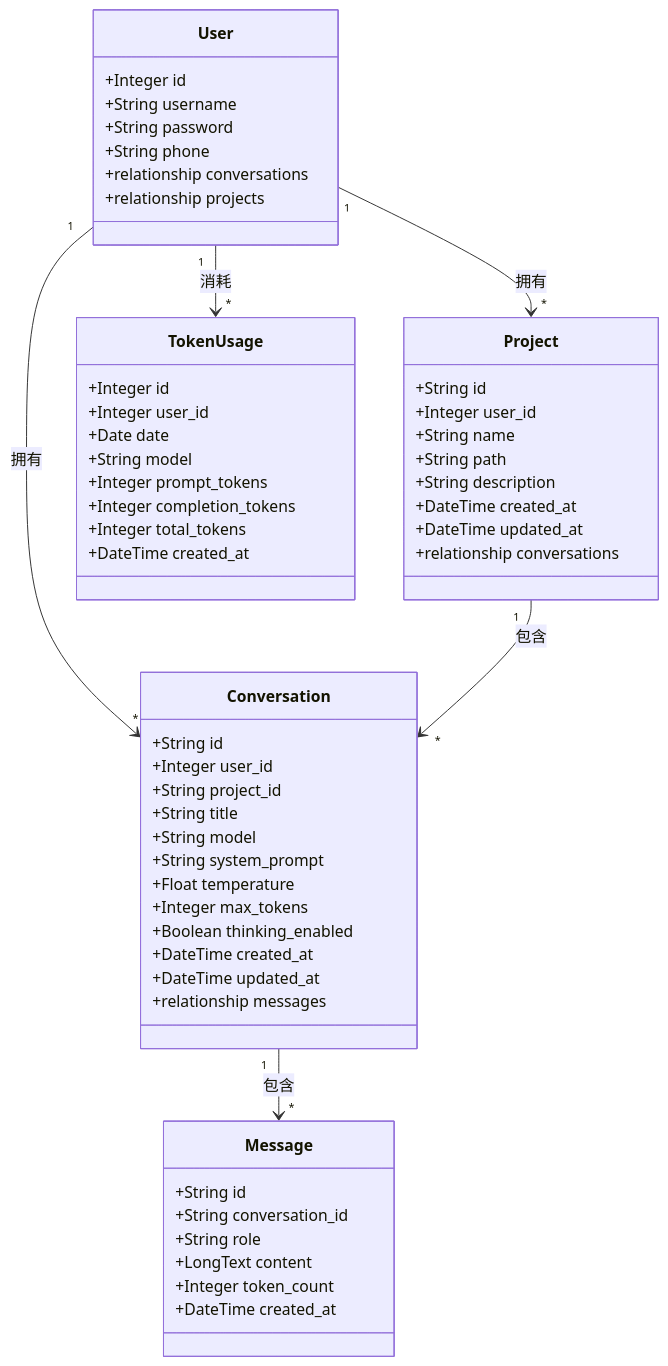
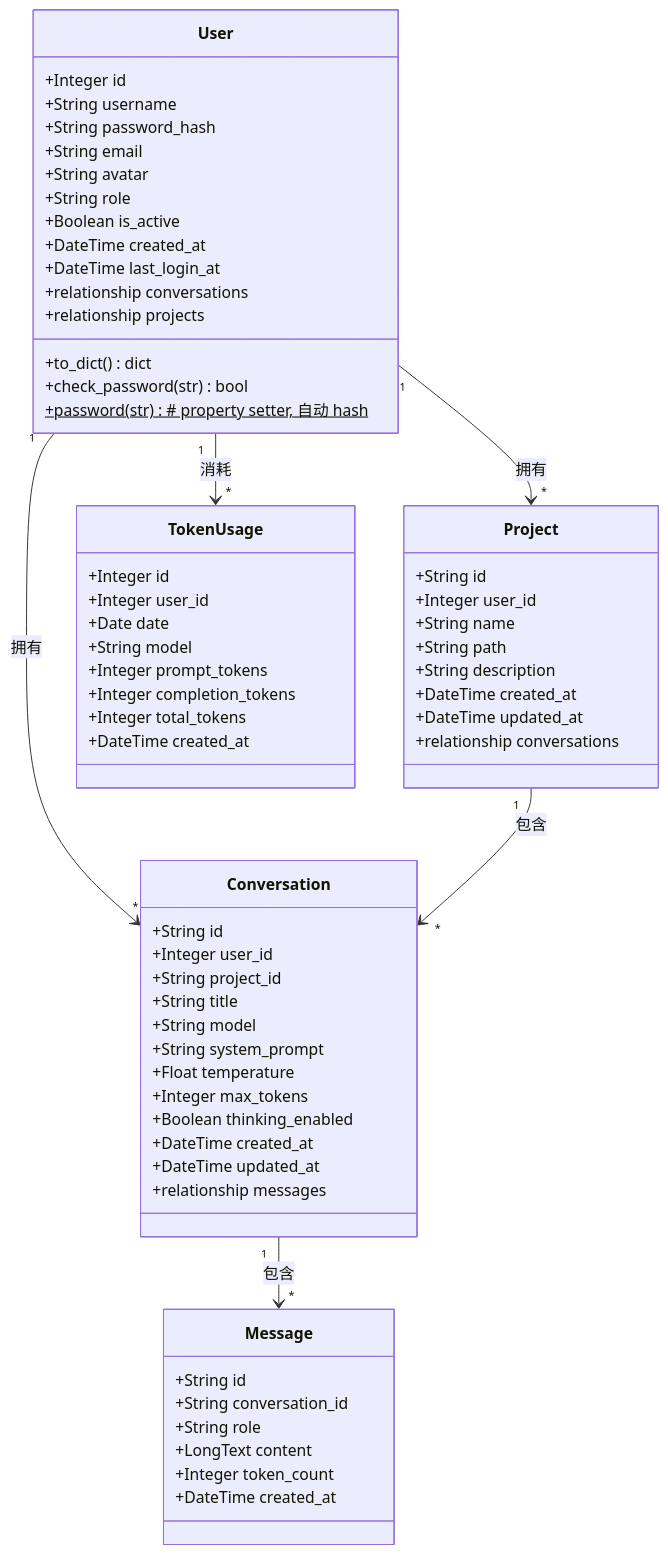
One commit to ViperEkura/nanoClaw changed the second of 5 diagrams in docs/Design.md. Above: the diagram before and after it, drawn with Mermaid. The commit also changed other lines of this file and 11 other files, not shown here.

````diff
--- a/docs/Design.md
+++ b/docs/Design.md
@@ -85,65 +86,73 @@
 ```mermaid
 classDiagram
     direction TB
 
     class User {
         +Integer id
         +String username
-        +String password
-        +String phone
+        +String password_hash
+        +String email
+        +String avatar
+        +String role
+        +Boolean is_active
+        +DateTime created_at
+        +DateTime last_login_at
         +relationship conversations
         +relationship projects
+        +to_dict() dict
+        +check_password(str) bool
+        +password(str)$  # property setter, 自动 hash
     }
 
     class Project {
         +String id
         +Integer user_id
         +String name
         +String path
         +String description
         +DateTime created_at
         +DateTime updated_at
         +relationship conversations
     }
 
     class Conversation {
         +String id
         +Integer user_id
         +String project_id
         +String title
         +String model
         +String system_prompt
         +Float temperature
         +Integer max_tokens
         +Boolean thinking_enabled
         +DateTime created_at
         +DateTime updated_at
         +relationship messages
     }
 
     class Message {
         +String id
         +String conversation_id
         +String role
         +LongText content
         +Integer token_count
         +DateTime created_at
     }
 
     class TokenUsage {
         +Integer id
         +Integer user_id
         +Date date
         +String model
         +Integer prompt_tokens
         +Integer completion_tokens
         +Integer total_tokens
         +DateTime created_at
     }
 
     User "1" --> "*" Conversation : 拥有
     User "1" --> "*" Project : 拥有
     Project "1" --> "*" Conversation : 包含
     Conversation "1" --> "*" Message : 包含
     User "1" --> "*" TokenUsage : 消耗
 ```
````
